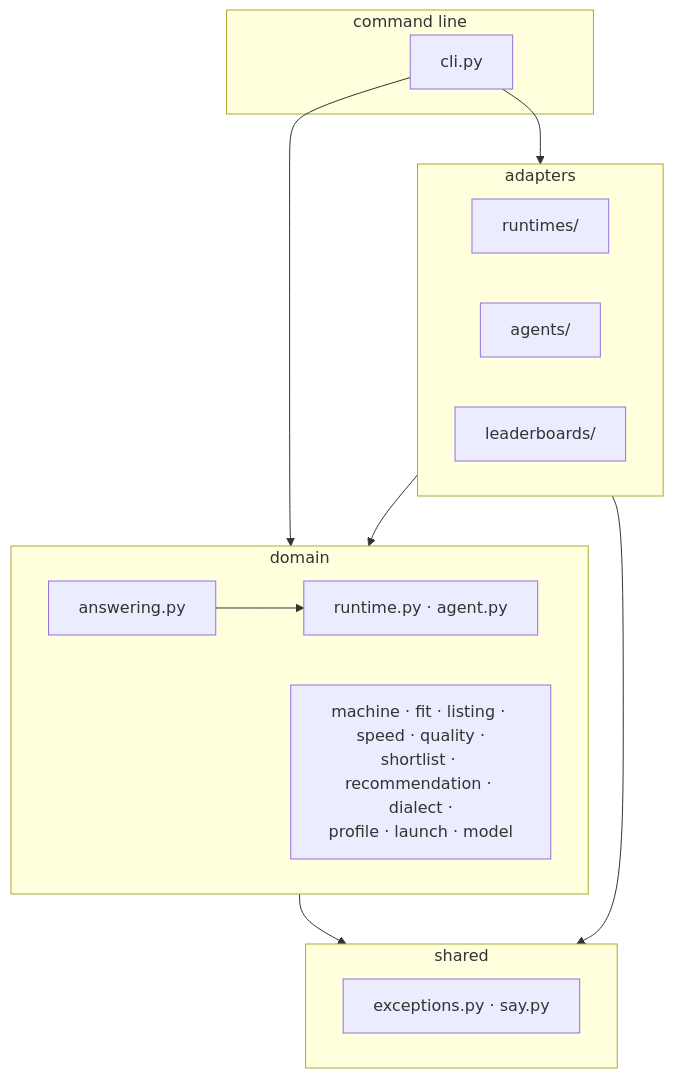
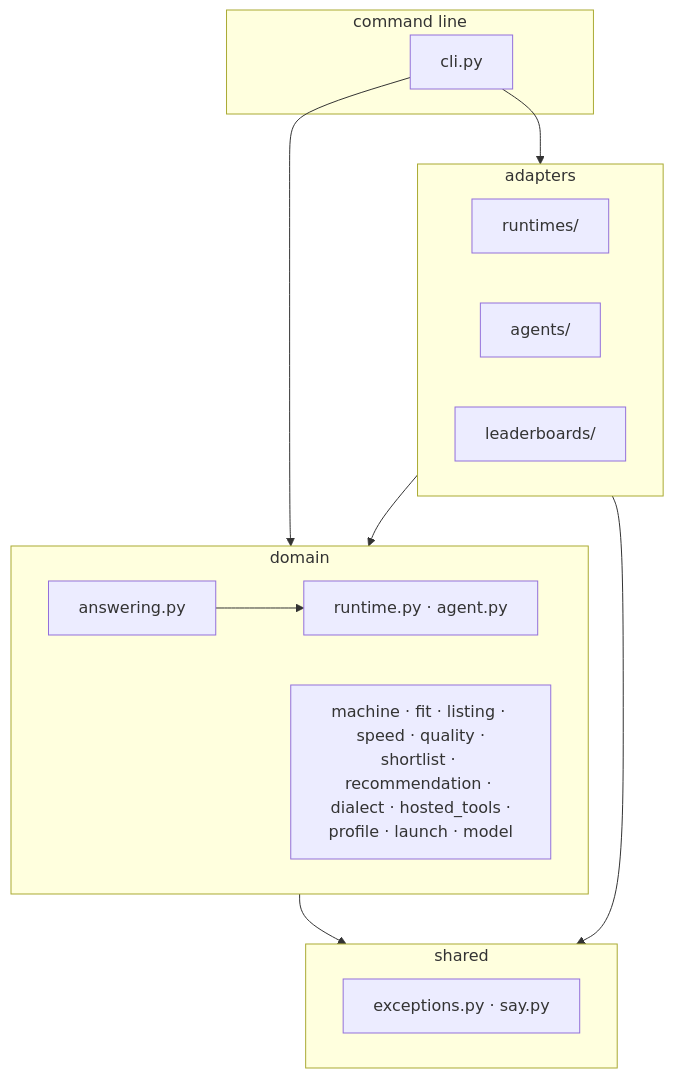
One commit to pvardanis/offgrid changed the first of 3 diagrams in docs/architecture.md. Above: the diagram before and after it, drawn with Mermaid. The commit also changed other lines of this file and 3 other files, not shown here.

````diff
--- a/docs/architecture.md
+++ b/docs/architecture.md
@@ -13,26 +13,26 @@
 ```mermaid
 flowchart TD
     subgraph cmd [command line]
         cli[cli.py]
     end
     subgraph adapters [adapters]
         rt["runtimes/"]
         ag["agents/"]
         lb["leaderboards/"]
     end
     subgraph domain [domain]
         answering[answering.py]
         ports["runtime.py · agent.py"]
-        rest["machine · fit · listing · speed · quality ·<br/>shortlist · recommendation · dialect ·<br/>profile · launch · model"]
+        rest["machine · fit · listing · speed · quality ·<br/>shortlist · recommendation · dialect · hosted_tools ·<br/>profile · launch · model"]
     end
     subgraph shared [shared]
         sh["exceptions.py · say.py"]
     end
 
     cli --> adapters
     cli --> domain
     adapters --> domain
     domain --> shared
     adapters --> shared
     answering --> ports
 ```
````
